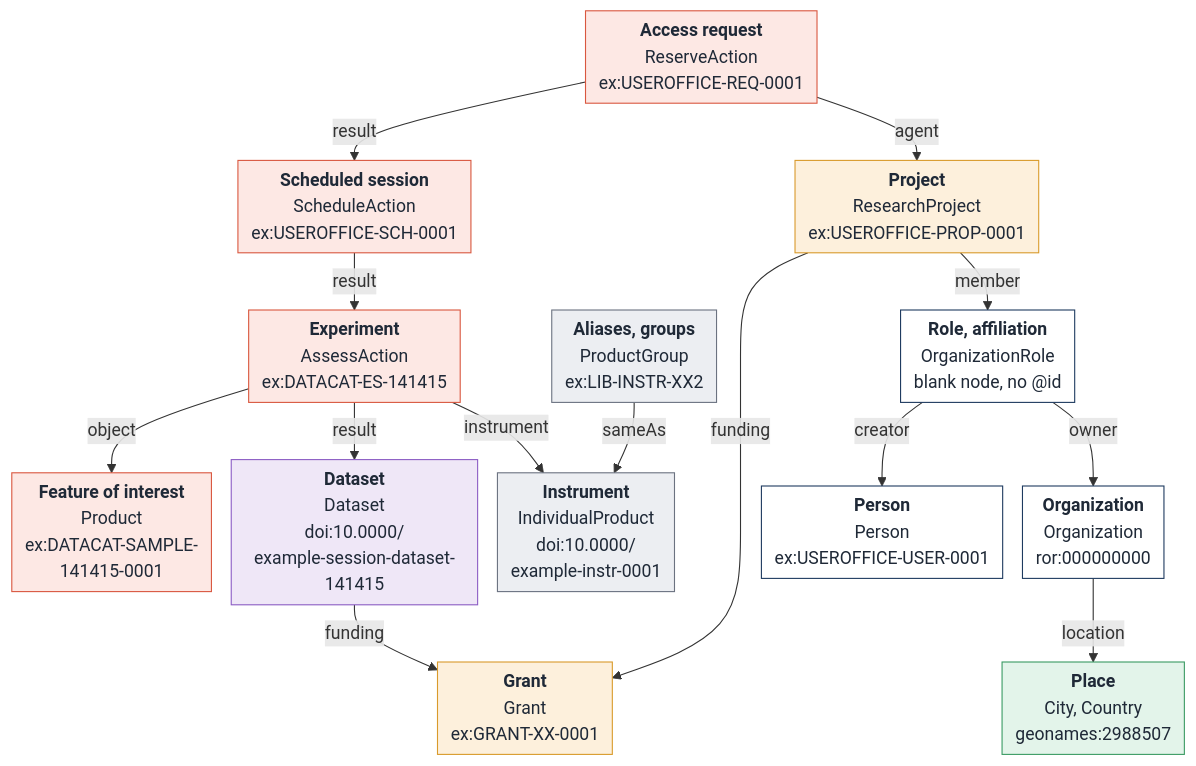
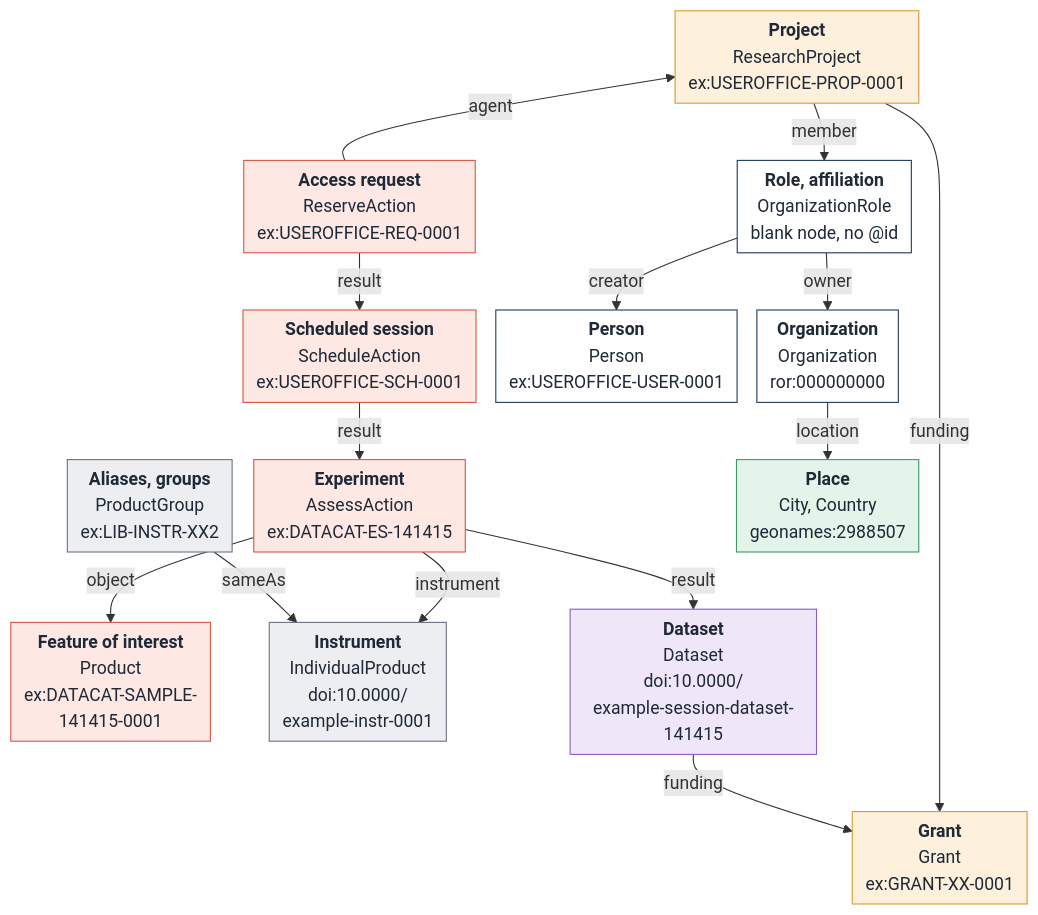
One commit to openfacility/.github changed the second of 3 diagrams in profile/README.md. Above: the diagram before and after it, drawn with Mermaid.

Commit message:
Put Project at the top of the facility graph

````diff
--- a/profile/README.md
+++ b/profile/README.md
@@ -61,43 +61,44 @@
 ```mermaid
 %%{init: {"flowchart": {"nodeSpacing": 18, "rankSpacing": 28, "padding": 6}}}%%
 flowchart TB
+  prop["<b>Project</b><br/>ResearchProject<br/>ex:USEROFFICE-PROP-0001"]
   req["<b>Access request</b><br/>ReserveAction<br/>ex:USEROFFICE-REQ-0001"]
   ses["<b>Scheduled session</b><br/>ScheduleAction<br/>ex:USEROFFICE-SCH-0001"]
   exp["<b>Experiment</b><br/>AssessAction<br/>ex:DATACAT-ES-141415"]
   smp["<b>Feature of interest</b><br/>Product<br/>ex:DATACAT-SAMPLE-<br/>141415-0001"]
-  prop["<b>Project</b><br/>ResearchProject<br/>ex:USEROFFICE-PROP-0001"]
   grant["<b>Grant</b><br/>Grant<br/>ex:GRANT-XX-0001"]
   ins["<b>Instrument</b><br/>IndividualProduct<br/>doi:10.0000/<br/>example-instr-0001"]
   ds["<b>Dataset</b><br/>Dataset<br/>doi:10.0000/<br/>example-session-dataset-141415"]
   ali["<b>Aliases, groups</b><br/>ProductGroup<br/>ex:LIB-INSTR-XX2"]
   role["<b>Role, affiliation</b><br/>OrganizationRole<br/>blank node, no @id"]
   per["<b>Person</b><br/>Person<br/>ex:USEROFFICE-USER-0001"]
   org["<b>Organization</b><br/>Organization<br/>ror:000000000"]
   pla["<b>Place</b><br/>City, Country<br/>geonames:2988507"]
 
   req -- result --> ses -- result --> exp
   exp -- object --> smp
   exp -- result --> ds
   exp -- instrument --> ins
   req -- agent --> prop
+  prop ~~~ req
   prop -- funding --> grant
   ds -- funding --> grant
   ali -- sameAs --> ins
   prop -- member --> role
   role -- creator --> per
   role -- owner --> org
   org -- location --> pla
 
   classDef session fill:#fde8e4,stroke:#d9573f,color:#1f2937
   classDef project fill:#fdf0dc,stroke:#d99a2b,color:#1f2937
   classDef instrument fill:#eceef2,stroke:#6b7280,color:#1f2937
   classDef dataset fill:#efe7f7,stroke:#8b5cc4,color:#1f2937
   classDef agent fill:#ffffff,stroke:#1e3a5f,color:#1f2937
   classDef place fill:#e3f4ea,stroke:#3a9a63,color:#1f2937
   class req,ses,exp,smp session
   class prop,grant project
   class ins,ali instrument
   class ds dataset
   class role,per,org agent
   class pla place
 ```
````
